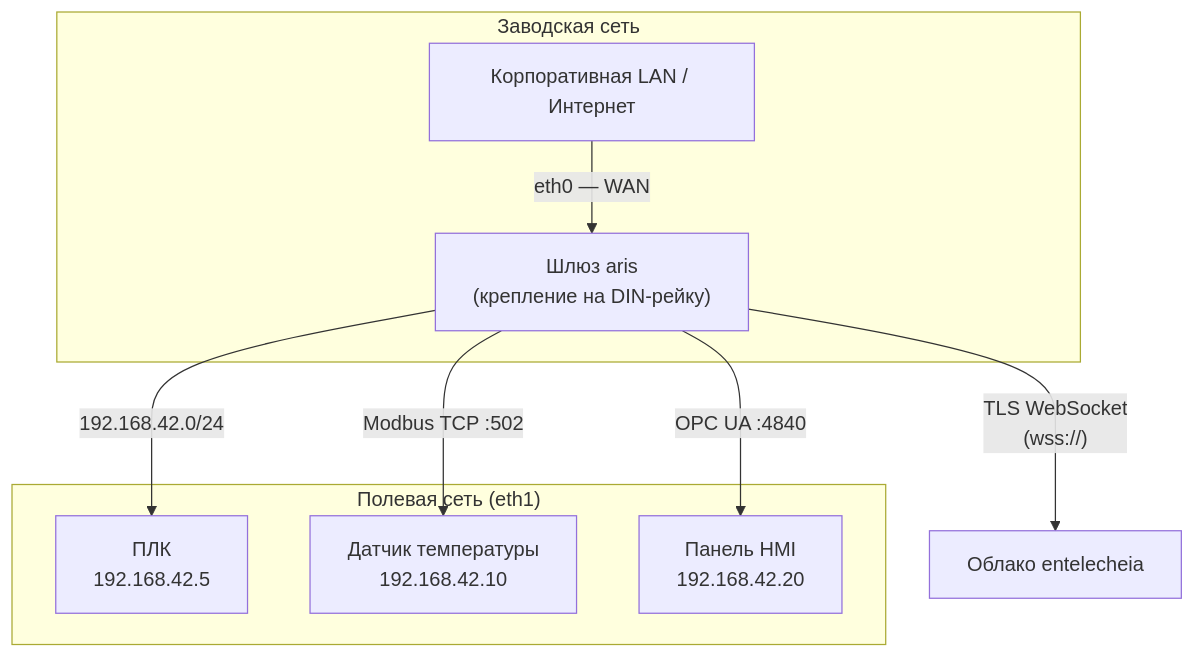
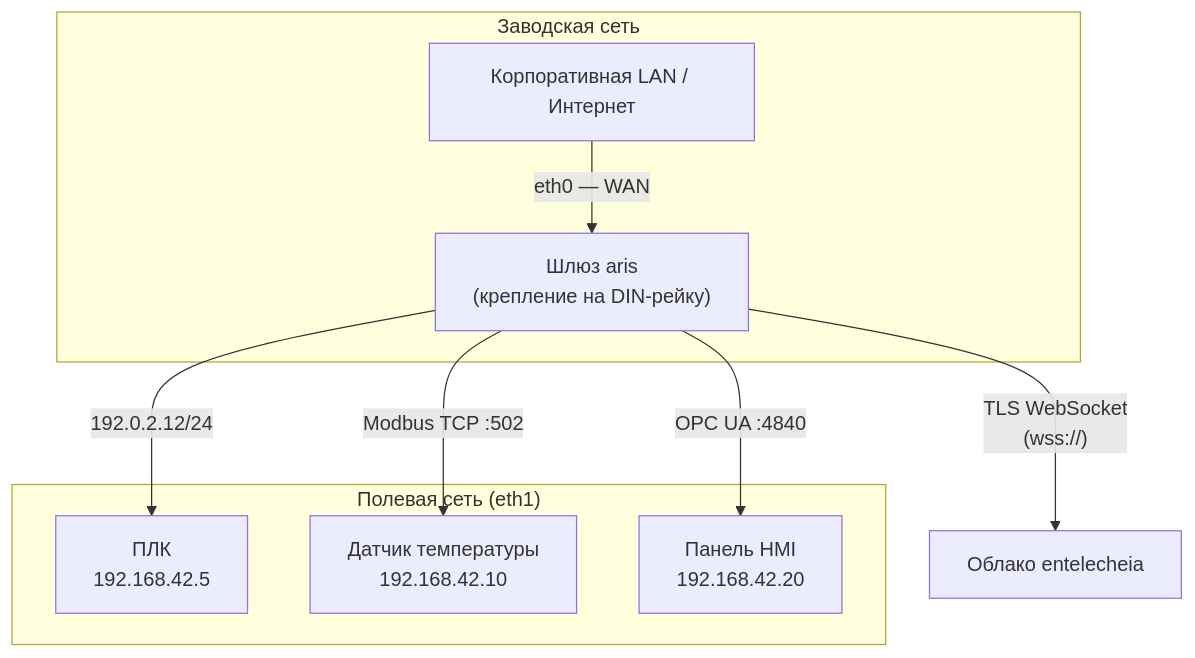
One commit to celestia-island/aris changed the third of 4 diagrams in docs/ru/guides/deployment.md. Above: the diagram before and after it, drawn with Mermaid. The commit also changed other lines of this file and 18 other files, not shown here.

````diff
--- a/docs/ru/guides/deployment.md
+++ b/docs/ru/guides/deployment.md
@@ -82,14 +82,14 @@
 ```mermaid
 flowchart TB
     subgraph Plant["Заводская сеть"]
         CORP["Корпоративная LAN / Интернет"]
         GW["Шлюз aris\n(крепление на DIN-рейку)"]
         CORP -->|eth0 — WAN| GW
     end
     subgraph Field["Полевая сеть (eth1)"]
-        GW -->|192.168.42.0/24| PLC["ПЛК\n192.168.42.5"]
+        GW -->|192.0.2.12/24| PLC["ПЛК\n192.168.42.5"]
         GW -->|Modbus TCP :502| SENS["Датчик температуры\n192.168.42.10"]
         GW -->|OPC UA :4840| HMI["Панель HMI\n192.168.42.20"]
     end
     GW -->|"TLS WebSocket\n(wss://)"| ENT["Облако entelecheia"]
 ```
````
